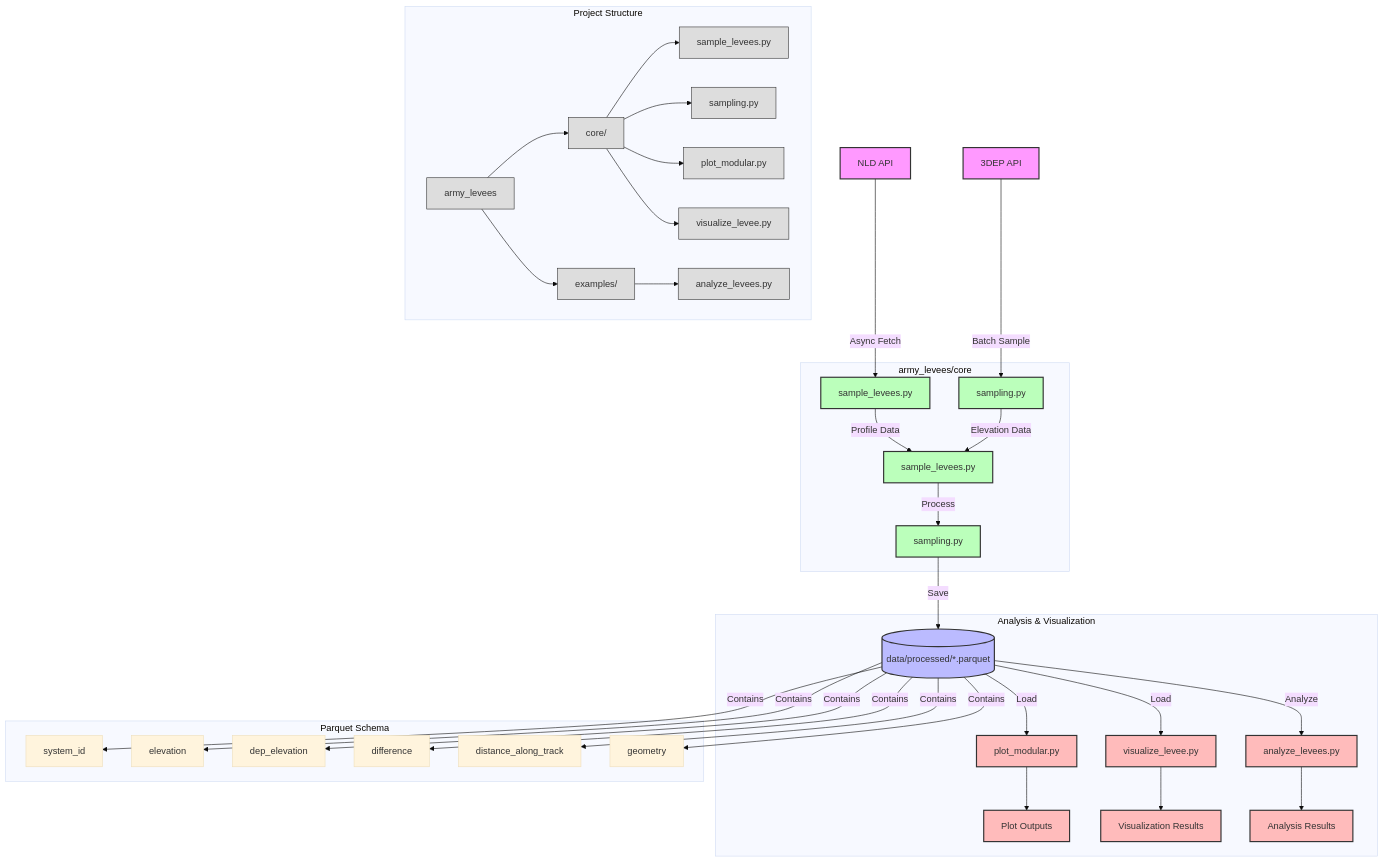
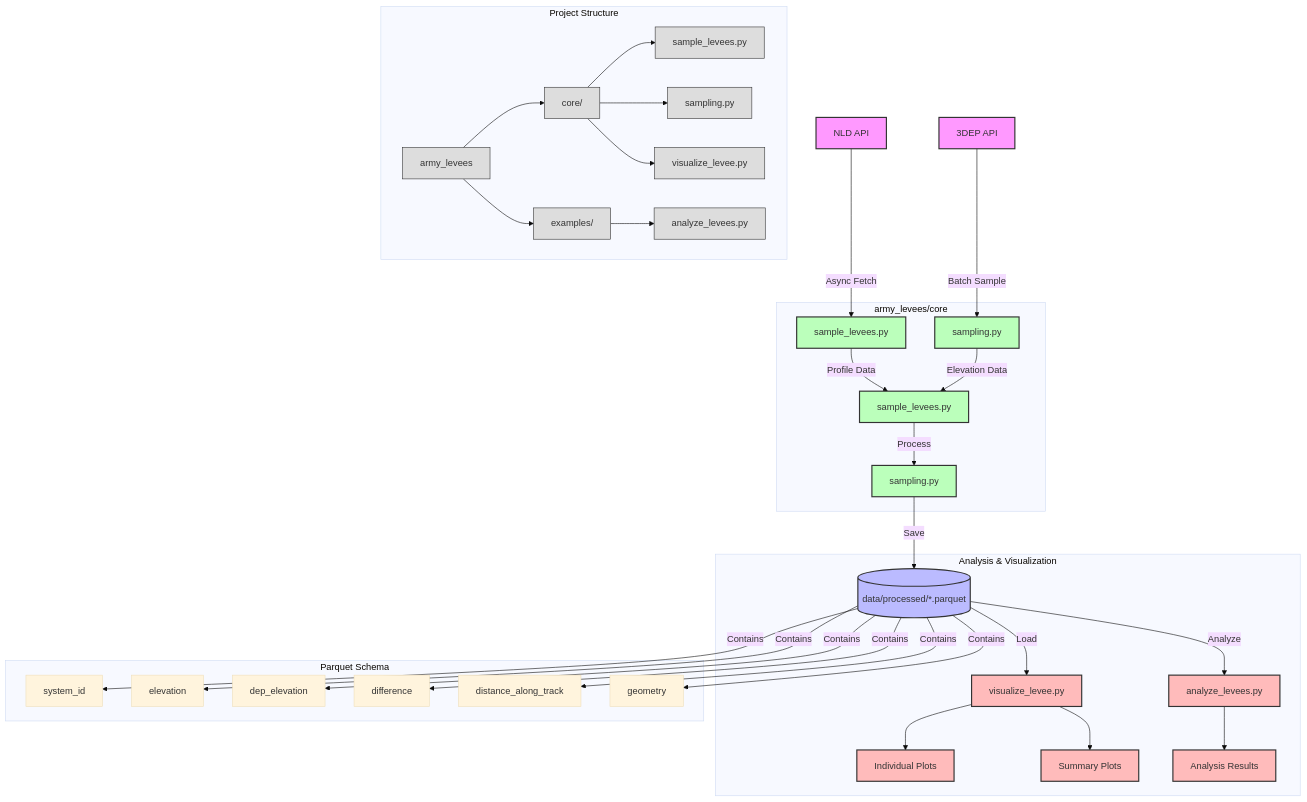
One commit to jameshgrn/army_levees changed the diagram in README.md. Above: the diagram before and after it, drawn with Mermaid (base theme).

Commit message:
docs: update system architecture diagram
- Update mermaid diagram to match actual codebase structure
- Remove non-existent files from diagram
- Add visualization pipeline details pt 2

````diff
--- a/README.md
+++ b/README.md
@@ -14,61 +14,59 @@
 ```mermaid
 graph TD
     %% Data Sources & API Handling
     A[NLD API] -->|Async Fetch| B[sample_levees.py]
     D[3DEP API] -->|Batch Sample| E[sampling.py]
 
     %% Core Processing Pipeline
     subgraph Core Processing [army_levees/core]
         B -->|Profile Data| F[sample_levees.py]
         E -->|Elevation Data| F
         F -->|Process| G[sampling.py]
     end
 
     %% Data Storage & Processing
     G -->|Save| I[(data/processed/*.parquet)]
 
     %% Analysis & Visualization
     subgraph Analysis & Visualization
-        I -->|Load| J[plot_modular.py]
-        I -->|Load| K[visualize_levee.py]
-        I -->|Analyze| L[analyze_levees.py]
-        J --> M[Plot Outputs]
-        K --> N[Visualization Results]
-        L --> O[Analysis Results]
+        I -->|Load| J[visualize_levee.py]
+        I -->|Analyze| K[analyze_levees.py]
+        J --> L[Individual Plots]
+        J --> M[Summary Plots]
+        K --> N[Analysis Results]
     end
 
     %% Data Schema
     subgraph Parquet Schema
-        I --> |Contains| P[system_id]
-        I --> |Contains| Q[elevation]
-        I --> |Contains| R[dep_elevation]
-        I --> |Contains| S[difference]
-        I --> |Contains| T[distance_along_track]
-        I --> |Contains| U[geometry]
+        I --> |Contains| O[system_id]
+        I --> |Contains| P[elevation]
+        I --> |Contains| Q[dep_elevation]
+        I --> |Contains| R[difference]
+        I --> |Contains| S[distance_along_track]
+        I --> |Contains| T[geometry]
     end
 
     %% Module Organization
     subgraph Project Structure
-        V[army_levees]
-        V --> W[core/]
-        V --> X[examples/]
-        W --> Y[sample_levees.py]
-        W --> Z[sampling.py]
-        W --> AA[plot_modular.py]
-        W --> BB[visualize_levee.py]
-        X --> CC[analyze_levees.py]
+        U[army_levees]
+        U --> V[core/]
+        U --> W[examples/]
+        V --> X[sample_levees.py]
+        V --> Y[sampling.py]
+        V --> Z[visualize_levee.py]
+        W --> AA[analyze_levees.py]
     end
 
     %% Style
     classDef api fill:#f9f,stroke:#333,stroke-width:2px
     classDef core fill:#bfb,stroke:#333,stroke-width:2px
     classDef storage fill:#bbf,stroke:#333,stroke-width:2px
     classDef analysis fill:#fbb,stroke:#333,stroke-width:2px
     classDef structure fill:#ddd,stroke:#333,stroke-width:1px
 
     class A,D api
     class B,E,F,G core
     class I storage
-    class J,K,L,M,N,O analysis
-    class V,W,X,Y,Z,AA,BB,CC structure
+    class J,K,L,M,N analysis
+    class U,V,W,X,Y,Z,AA structure
 ```
````
